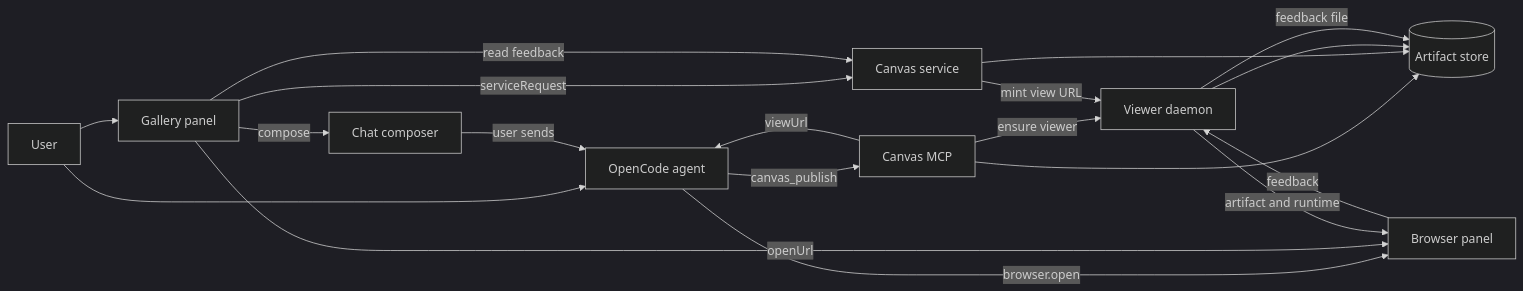
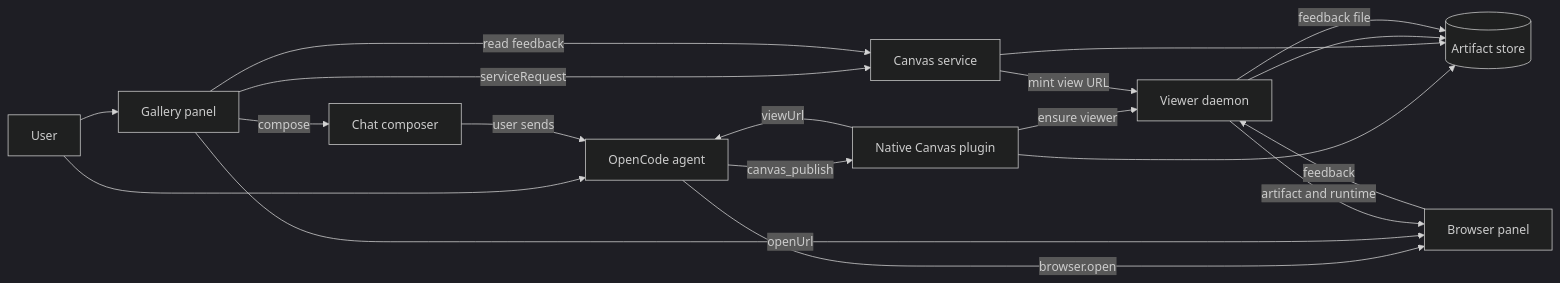
One commit to P4rthPat3l/openchamber-canvas changed the first of 7 diagrams in docs/features/FEAT-001-openchamber-canvas.md. Above: the diagram before and after it, drawn with Mermaid (dark theme). The commit also changed other lines of this file and 46 other files, not shown here.

First line of the commit message:
feat(canvas)!: replace mcp with native opencode tools

````diff
--- a/docs/features/FEAT-001-openchamber-canvas.md
+++ b/docs/features/FEAT-001-openchamber-canvas.md
@@ -253,30 +255,30 @@
 ```mermaid
 flowchart LR
     User[User]
     Agent[OpenCode agent]
-    MCP[Canvas MCP]
+    MCP[Native Canvas plugin]
     Store[(Artifact store)]
     Panel[Gallery panel]
     Service[Canvas service]
     Viewer[Viewer daemon]
     Browser[Browser panel]
 
     User --> Panel
     User --> Agent
     Agent -->|canvas_publish| MCP
     MCP --> Store
     MCP -->|ensure viewer| Viewer
     MCP -->|viewUrl| Agent
     Agent -->|browser.open| Browser
     Panel -->|serviceRequest| Service
     Service --> Store
     Service -->|mint view URL| Viewer
     Panel -->|openUrl| Browser
     Viewer --> Store
     Viewer -->|artifact and runtime| Browser
     Browser -->|feedback| Viewer
     Viewer -->|feedback file| Store
     Panel -->|read feedback| Service
     Panel -->|compose| Composer[Chat composer]
     Composer -->|user sends| Agent
 ```
````
